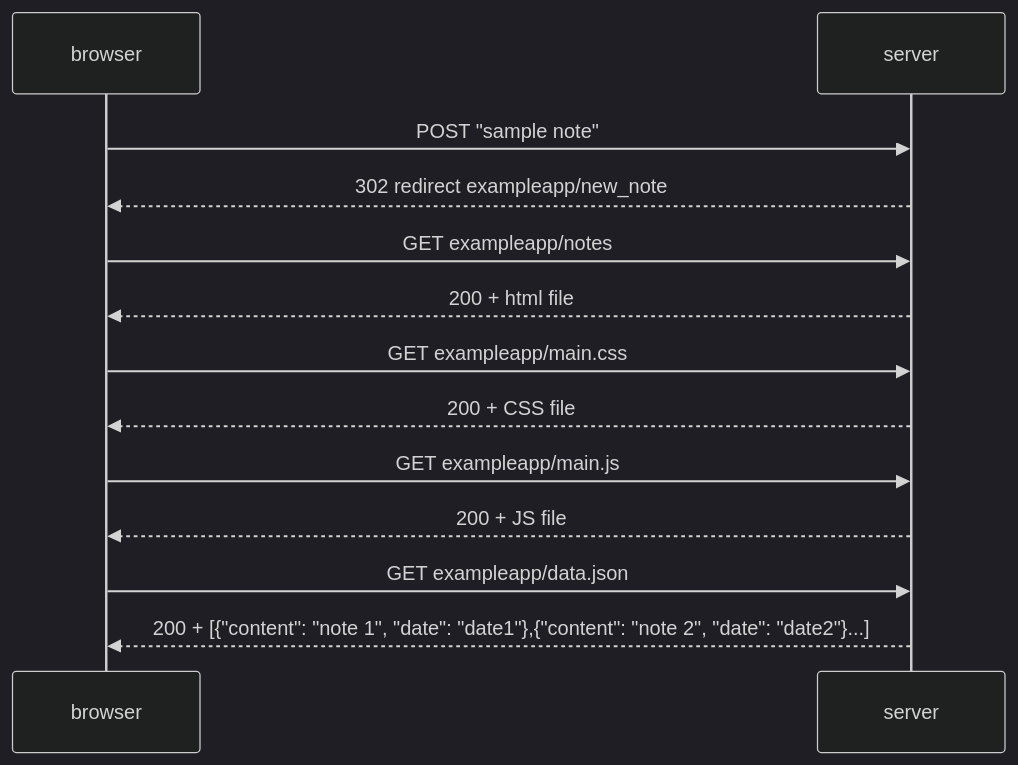
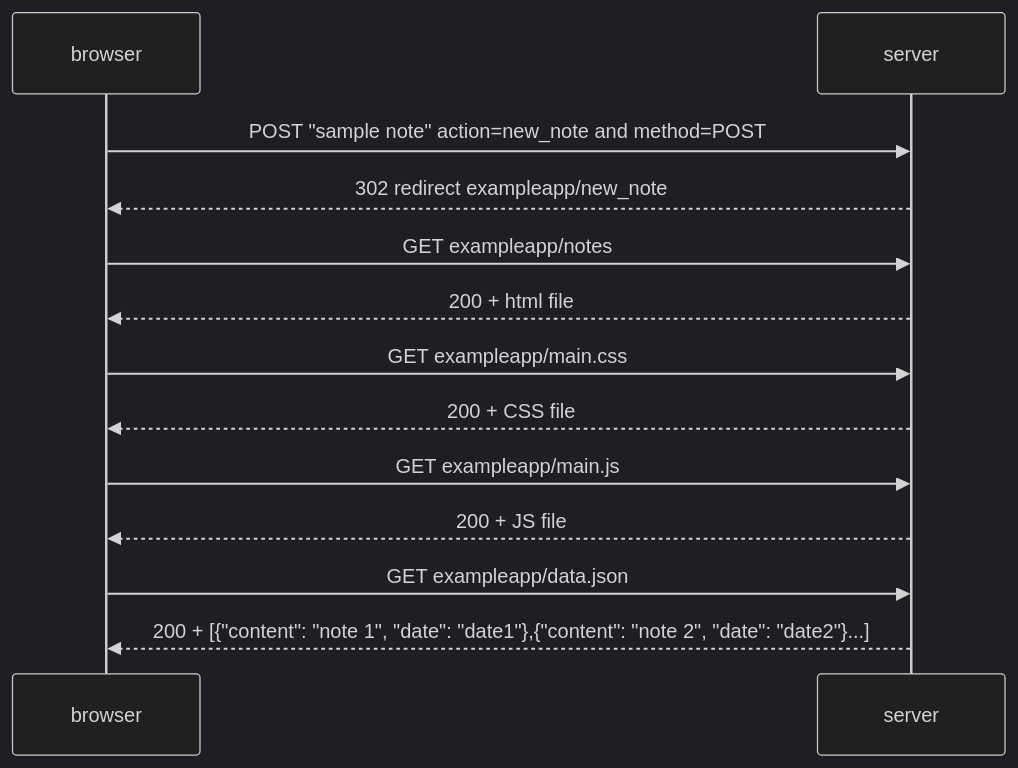
One commit to AndreArabejo/fullstack-open changed the diagram in part0/0.4-new-note-diagram.md. Above: the diagram before and after it, drawn with Mermaid (dark theme).

Commit message:
Update sequence diagram for new note action

````diff
--- a/part0/0.4-new-note-diagram.md
+++ b/part0/0.4-new-note-diagram.md
@@ -5,16 +5,16 @@
 ```mermaid
 sequenceDiagram
     participant browser
     participant server
 
-    browser->>server : POST "sample note"
+    browser->>server : POST "sample note" action=new_note and method=POST
     server-->>browser : 302 redirect exampleapp/new_note
     browser->>server : GET exampleapp/notes
     server-->>browser : 200 + html file
     browser->>server : GET exampleapp/main.css
     server-->>browser : 200 + CSS file
     browser->>server : GET exampleapp/main.js
     server-->>browser: 200 + JS file
     browser->>server : GET exampleapp/data.json
     server-->>browser : 200 + [{"content": "note 1", "date": "date1"},{"content": "note 2", "date": "date2"}...]
 ```
````
